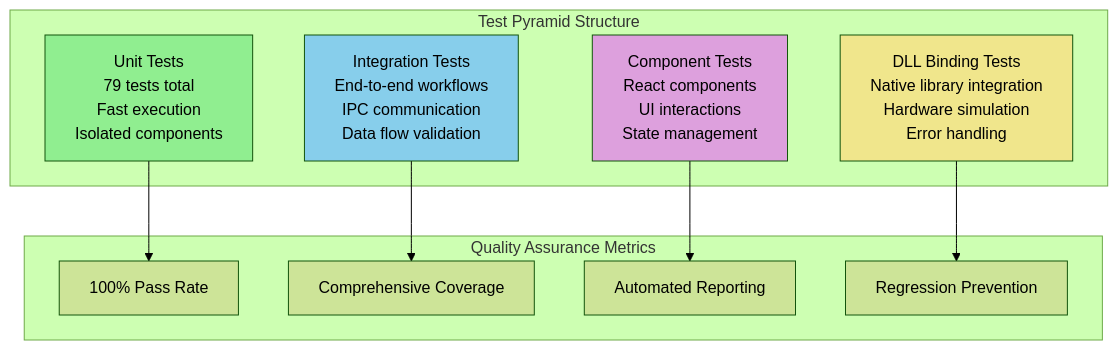
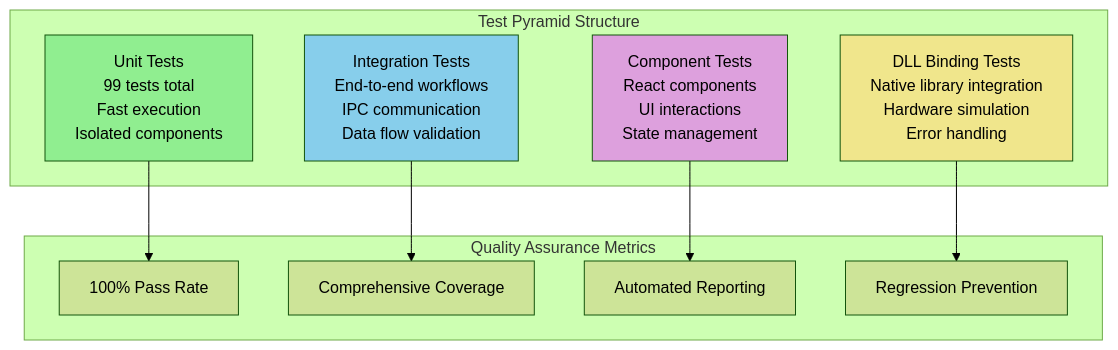
The sixth of 15 diagrams in docs/system-architecture.md (Interlaken0/temperature-plotter), drawn with Mermaid (forest theme) before and after one commit. The commit also changed other lines of this file and 10 other files, not shown here.

````diff
--- a/docs/system-architecture.md
+++ b/docs/system-architecture.md
@@ -203,29 +203,29 @@
 ```mermaid
 graph TB
     subgraph "Test Pyramid Structure"
-        A[Unit Tests<br/>79 tests total<br/>Fast execution<br/>Isolated components]
+        A[Unit Tests<br/>99 tests total<br/>Fast execution<br/>Isolated components]
         
         B[Integration Tests<br/>End-to-end workflows<br/>IPC communication<br/>Data flow validation]
         
         C[Component Tests<br/>React components<br/>UI interactions<br/>State management]
         
         D[DLL Binding Tests<br/>Native library integration<br/>Hardware simulation<br/>Error handling]
     end
     
     subgraph "Quality Assurance Metrics"
         E[100% Pass Rate]
         F[Comprehensive Coverage]
         G[Automated Reporting]
         H[Regression Prevention]
     end
     
     A --> E
     B --> F
     C --> G
     D --> H
     
     style A fill:#90EE90
     style B fill:#87CEEB
     style C fill:#DDA0DD
     style D fill:#F0E68C
 ```
````
